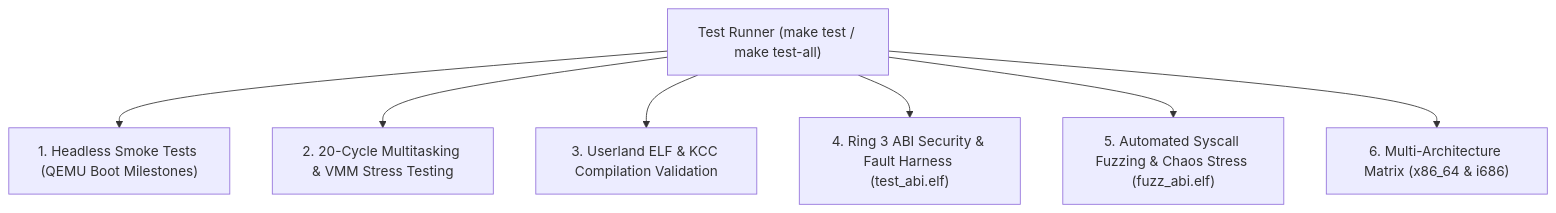
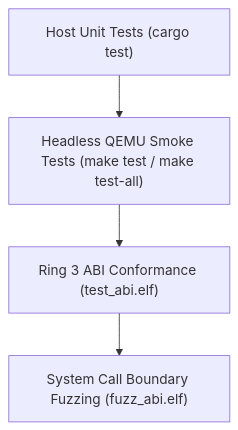
One commit to mrvlous/keira changed the diagram in docs/contributing/verification/testing.md. Above: the diagram before and after it, drawn with Mermaid. The commit also changed other lines of this file and 13 other files, not shown here.

````diff
--- a/docs/contributing/verification/testing.md
+++ b/docs/contributing/verification/testing.md
@@ -11,9 +11,6 @@
 ```mermaid
 graph TD
-    TestRunner["Test Runner (make test / make test-all)"] --> Smoke["1. Headless Smoke Tests (QEMU Boot Milestones)"]
-    TestRunner --> Stress["2. 20-Cycle Multitasking & VMM Stress Testing"]
-    TestRunner --> Userland["3. Userland ELF & KCC Compilation Validation"]
-    TestRunner --> ABITest["4. Ring 3 ABI Security & Fault Harness (test_abi.elf)"]
-    TestRunner --> FuzzABI["5. Automated Syscall Fuzzing & Chaos Stress (fuzz_abi.elf)"]
-    TestRunner --> MultiArch["6. Multi-Architecture Matrix (x86_64 & i686)"]
+    Unit["Host Unit Tests (cargo test)"] --> QEMUSmoke["Headless QEMU Smoke Tests (make test / make test-all)"]
+    QEMUSmoke --> ABITests["Ring 3 ABI Conformance (test_abi.elf)"]
+    ABITests --> Fuzzing["System Call Boundary Fuzzing (fuzz_abi.elf)"]
 ```
````
